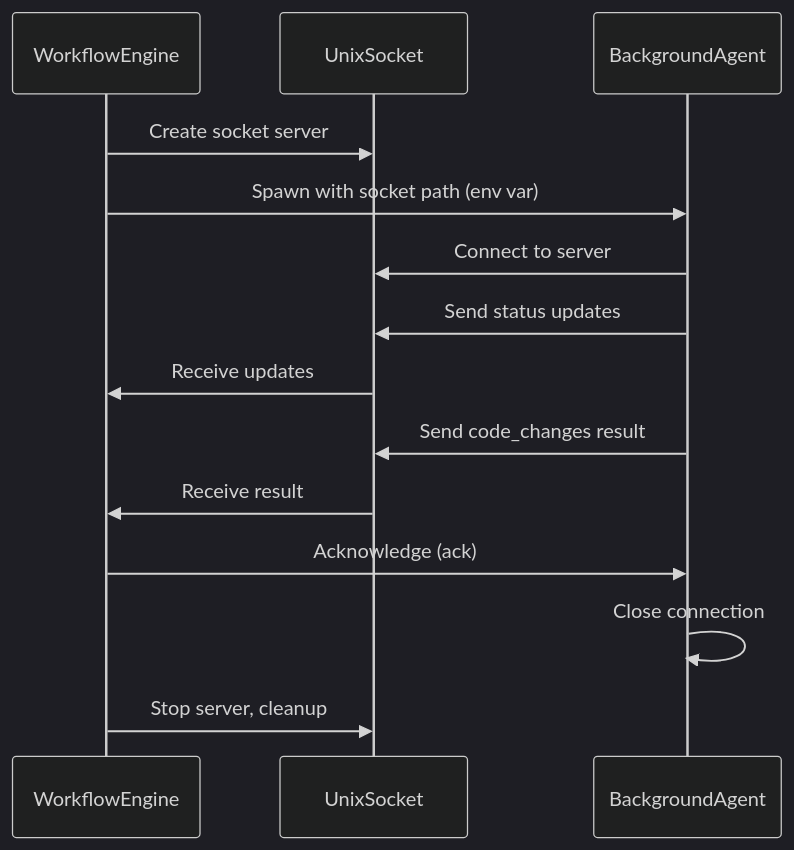
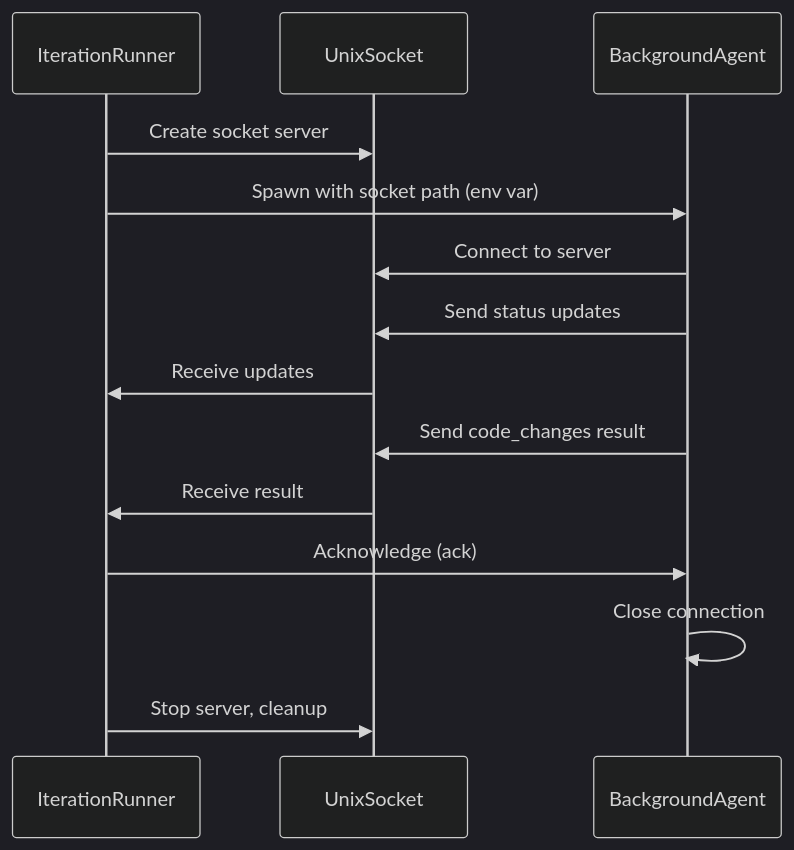
The diagram in docs/architecture/ipc.md (jienckebd/dev-loop), drawn with Mermaid (dark theme) before and after one commit. The commit also changed other lines of this file and 43 other files, not shown here.

````diff
--- a/docs/architecture/ipc.md
+++ b/docs/architecture/ipc.md
@@ -13,17 +13,17 @@
 ```mermaid
 sequenceDiagram
-    participant Parent as WorkflowEngine
+    participant Parent as IterationRunner
     participant Socket as UnixSocket
     participant Child as BackgroundAgent
 
     Parent->>Socket: Create socket server
     Parent->>Child: Spawn with socket path (env var)
     Child->>Socket: Connect to server
     Child->>Socket: Send status updates
     Socket->>Parent: Receive updates
     Child->>Socket: Send code_changes result
     Socket->>Parent: Receive result
     Parent->>Child: Acknowledge (ack)
     Child->>Child: Close connection
     Parent->>Socket: Stop server, cleanup
 ```
````
